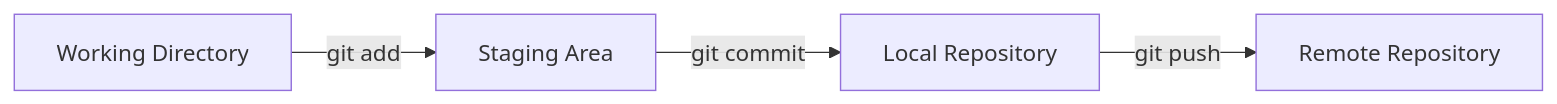
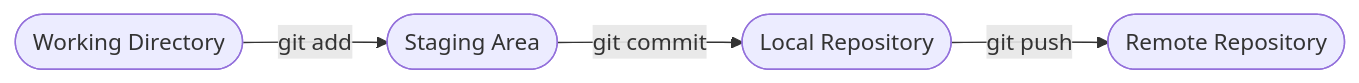
Before and after one commit to ricardotecpro/ads_mod_13_devops_e_cloud: the diagram in docs/aulas/aula-03.md, drawn with Mermaid. The commit also changed other lines of this file and 66 other files, not shown here.

````diff
--- a/docs/aulas/aula-03.md
+++ b/docs/aulas/aula-03.md
@@ -29,6 +29,6 @@
 ```mermaid
 graph LR
-    WD[Working Directory] -- "git add" --> SA[Staging Area]
-    SA -- "git commit" --> RP[Local Repository]
-    RP -- "git push" --> Remote[Remote Repository]
+    WD(["Working Directory"]) -- "git add" --> SA(["Staging Area"])
+    SA -- "git commit" --> RP(["Local Repository"])
+    RP -- "git push" --> Remote(["Remote Repository"])
 ```
````
